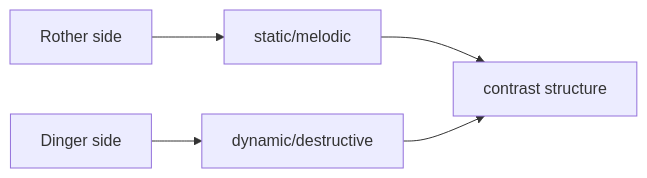
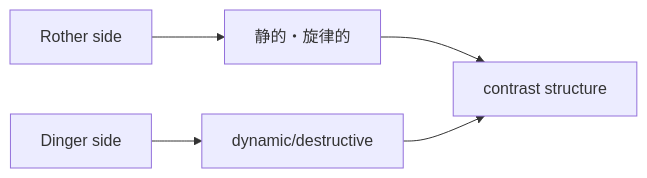
Before and after one commit to monumental-movement/monumental-movement.github.io: the fourth of 5 diagrams in en/_posts/2026-04-25-column-neu.md, drawn with Mermaid. The commit also changed other lines of this file and 1012 other files, not shown here.

```diff
--- a/en/_posts/2026-04-25-column-neu.md
+++ b/en/_posts/2026-04-25-column-neu.md
@@ -133,7 +133,7 @@
 <div class="mermaid">
 graph LR
-A[Rother side] --> B[static/melodic]
+A[Rother side] --> B[静的・旋律的]
 C[Dinger side] --> D[dynamic/destructive]
 B --> E[contrast structure]
 D --> E
 </div>
```
